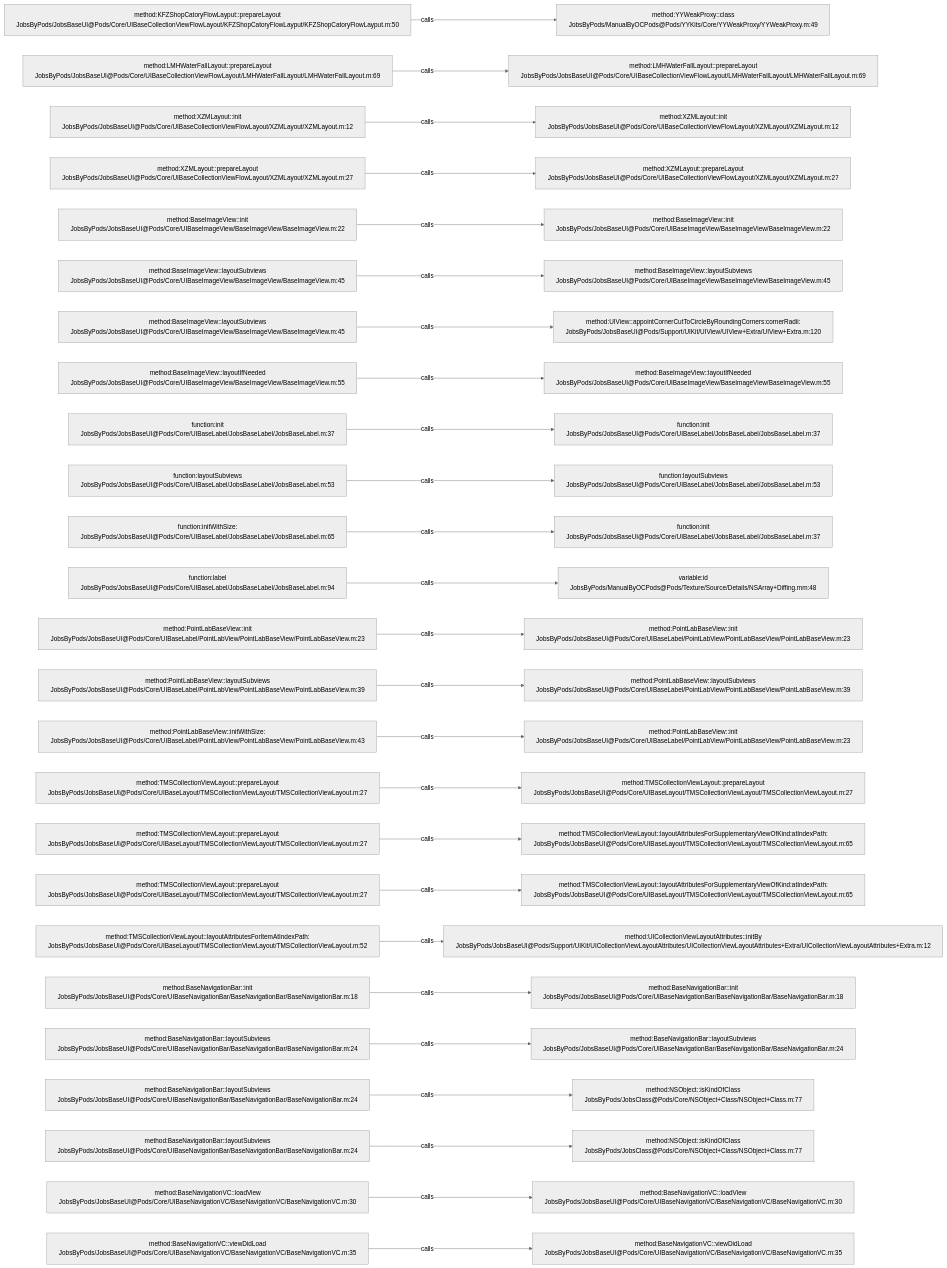
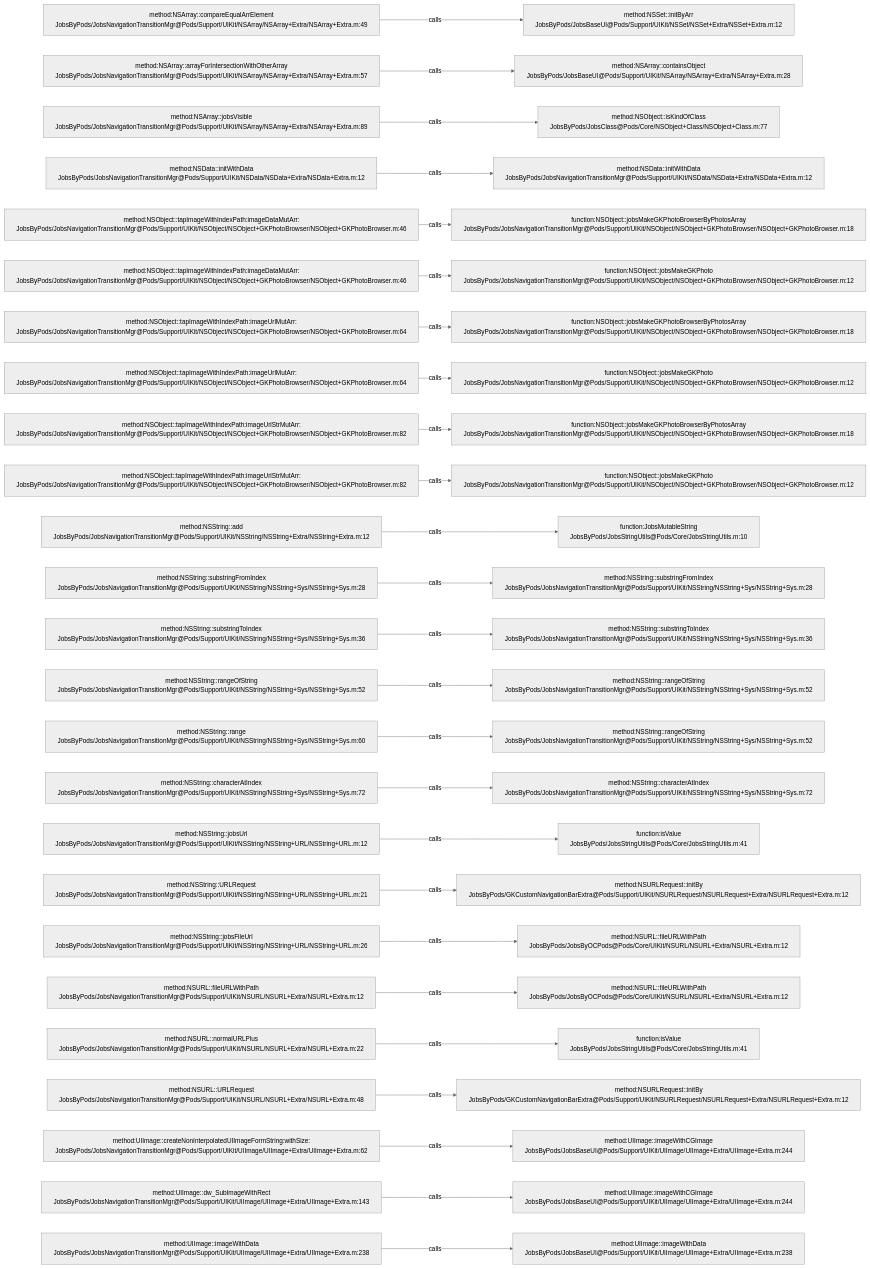
The diagram in .codegraph/codegraph.md/graphs/calls-016.md (JobsKits/JobsOCBaseConfigDemo), drawn with Mermaid (neutral theme) before and after one commit. The commit also changed 2162 other files, not shown here.

````diff
--- a/.codegraph/codegraph.md/graphs/calls-016.md
+++ b/.codegraph/codegraph.md/graphs/calls-016.md
@@ -13,78 +13,78 @@
 ```mermaid
 flowchart LR
-  S1["method:KFZShopCatoryFlowLayput::prepareLayout<br/>JobsByPods/JobsBaseUI@Pods/Core/UIBaseCollectionViewFlowLayout/KFZShopCatoryFlowLayput/KFZShopCatoryFlowLayput.m:50"]
-  T1["method:YYWeakProxy::class<br/>JobsByPods/ManualByOCPods@Pods/YYKits/Core/YYWeakProxy/YYWeakProxy.m:49"]
+  S1["method:NSArray::compareEqualArrElement<br/>JobsByPods/JobsNavigationTransitionMgr@Pods/Support/UIKit/NSArray/NSArray+Extra/NSArray+Extra.m:49"]
+  T1["method:NSSet::initByArr<br/>JobsByPods/JobsBaseUI@Pods/Support/UIKit/NSSet/NSSet+Extra/NSSet+Extra.m:12"]
   S1 -->|calls| T1
-  S2["method:LMHWaterFallLayout::prepareLayout<br/>JobsByPods/JobsBaseUI@Pods/Core/UIBaseCollectionViewFlowLayout/LMHWaterFallLayout/LMHWaterFallLayout.m:69"]
-  T2["method:LMHWaterFallLayout::prepareLayout<br/>JobsByPods/JobsBaseUI@Pods/Core/UIBaseCollectionViewFlowLayout/LMHWaterFallLayout/LMHWaterFallLayout.m:69"]
+  S2["method:NSArray::arrayForIntersectionWithOtherArray<br/>JobsByPods/JobsNavigationTransitionMgr@Pods/Support/UIKit/NSArray/NSArray+Extra/NSArray+Extra.m:57"]
+  T2["method:NSArray::containsObject<br/>JobsByPods/JobsBaseUI@Pods/Support/UIKit/NSArray/NSArray+Extra/NSArray+Extra.m:28"]
   S2 -->|calls| T2
-  S3["method:XZMLayout::init<br/>JobsByPods/JobsBaseUI@Pods/Core/UIBaseCollectionViewFlowLayout/XZMLayout/XZMLayout.m:12"]
-  T3["method:XZMLayout::init<br/>JobsByPods/JobsBaseUI@Pods/Core/UIBaseCollectionViewFlowLayout/XZMLayout/XZMLayout.m:12"]
+  S3["method:NSArray::jobsVisible<br/>JobsByPods/JobsNavigationTransitionMgr@Pods/Support/UIKit/NSArray/NSArray+Extra/NSArray+Extra.m:89"]
+  T3["method:NSObject::isKindOfClass<br/>JobsByPods/JobsClass@Pods/Core/NSObject+Class/NSObject+Class.m:77"]
   S3 -->|calls| T3
-  S4["method:XZMLayout::prepareLayout<br/>JobsByPods/JobsBaseUI@Pods/Core/UIBaseCollectionViewFlowLayout/XZMLayout/XZMLayout.m:27"]
-  T4["method:XZMLayout::prepareLayout<br/>JobsByPods/JobsBaseUI@Pods/Core/UIBaseCollectionViewFlowLayout/XZMLayout/XZMLayout.m:27"]
+  S4["method:NSData::initWithData<br/>JobsByPods/JobsNavigationTransitionMgr@Pods/Support/UIKit/NSData/NSData+Extra/NSData+Extra.m:12"]
+  T4["method:NSData::initWithData<br/>JobsByPods/JobsNavigationTransitionMgr@Pods/Support/UIKit/NSData/NSData+Extra/NSData+Extra.m:12"]
   S4 -->|calls| T4
-  S5["method:BaseImageView::init<br/>JobsByPods/JobsBaseUI@Pods/Core/UIBaseImageView/BaseImageView/BaseImageView.m:22"]
-  T5["method:BaseImageView::init<br/>JobsByPods/JobsBaseUI@Pods/Core/UIBaseImageView/BaseImageView/BaseImageView.m:22"]
+  S5["method:NSObject::tapImageWithIndexPath:imageDataMutArr:<br/>JobsByPods/JobsNavigationTransitionMgr@Pods/Support/UIKit/NSObject/NSObject+GKPhotoBrowser/NSObject+GKPhotoBrowser.m:46"]
+  T5["function:NSObject::jobsMakeGKPhotoBrowserByPhotosArray<br/>JobsByPods/JobsNavigationTransitionMgr@Pods/Support/UIKit/NSObject/NSObject+GKPhotoBrowser/NSObject+GKPhotoBrowser.m:18"]
   S5 -->|calls| T5
-  S6["method:BaseImageView::layoutSubviews<br/>JobsByPods/JobsBaseUI@Pods/Core/UIBaseImageView/BaseImageView/BaseImageView.m:45"]
-  T6["method:BaseImageView::layoutSubviews<br/>JobsByPods/JobsBaseUI@Pods/Core/UIBaseImageView/BaseImageView/BaseImageView.m:45"]
+  S6["method:NSObject::tapImageWithIndexPath:imageDataMutArr:<br/>JobsByPods/JobsNavigationTransitionMgr@Pods/Support/UIKit/NSObject/NSObject+GKPhotoBrowser/NSObject+GKPhotoBrowser.m:46"]
+  T6["function:NSObject::jobsMakeGKPhoto<br/>JobsByPods/JobsNavigationTransitionMgr@Pods/Support/UIKit/NSObject/NSObject+GKPhotoBrowser/NSObject+GKPhotoBrowser.m:12"]
   S6 -->|calls| T6
-  S7["method:BaseImageView::layoutSubviews<br/>JobsByPods/JobsBaseUI@Pods/Core/UIBaseImageView/BaseImageView/BaseImageView.m:45"]
-  T7["method:UIView::appointCornerCutToCircleByRoundingCorners:cornerRadii:<br/>JobsByPods/JobsBaseUI@Pods/Support/UIKit/UIView/UIView+Extra/UIView+Extra.m:120"]
+  S7["method:NSObject::tapImageWithIndexPath:imageUrlMutArr:<br/>JobsByPods/JobsNavigationTransitionMgr@Pods/Support/UIKit/NSObject/NSObject+GKPhotoBrowser/NSObject+GKPhotoBrowser.m:64"]
+  T7["function:NSObject::jobsMakeGKPhotoBrowserByPhotosArray<br/>JobsByPods/JobsNavigationTransitionMgr@Pods/Support/UIKit/NSObject/NSObject+GKPhotoBrowser/NSObject+GKPhotoBrowser.m:18"]
   S7 -->|calls| T7
-  S8["method:BaseImageView::layoutIfNeeded<br/>JobsByPods/JobsBaseUI@Pods/Core/UIBaseImageView/BaseImageView/BaseImageView.m:55"]
-  T8["method:BaseImageView::layoutIfNeeded<br/>JobsByPods/JobsBaseUI@Pods/Core/UIBaseImageView/BaseImageView/BaseImageView.m:55"]
+  S8["method:NSObject::tapImageWithIndexPath:imageUrlMutArr:<br/>JobsByPods/JobsNavigationTransitionMgr@Pods/Support/UIKit/NSObject/NSObject+GKPhotoBrowser/NSObject+GKPhotoBrowser.m:64"]
+  T8["function:NSObject::jobsMakeGKPhoto<br/>JobsByPods/JobsNavigationTransitionMgr@Pods/Support/UIKit/NSObject/NSObject+GKPhotoBrowser/NSObject+GKPhotoBrowser.m:12"]
   S8 -->|calls| T8
-  S9["function:init<br/>JobsByPods/JobsBaseUI@Pods/Core/UIBaseLabel/JobsBaseLabel/JobsBaseLabel.m:37"]
-  T9["function:init<br/>JobsByPods/JobsBaseUI@Pods/Core/UIBaseLabel/JobsBaseLabel/JobsBaseLabel.m:37"]
+  S9["method:NSObject::tapImageWithIndexPath:imageUrlStrMutArr:<br/>JobsByPods/JobsNavigationTransitionMgr@Pods/Support/UIKit/NSObject/NSObject+GKPhotoBrowser/NSObject+GKPhotoBrowser.m:82"]
+  T9["function:NSObject::jobsMakeGKPhotoBrowserByPhotosArray<br/>JobsByPods/JobsNavigationTransitionMgr@Pods/Support/UIKit/NSObject/NSObject+GKPhotoBrowser/NSObject+GKPhotoBrowser.m:18"]
   S9 -->|calls| T9
-  S10["function:layoutSubviews<br/>JobsByPods/JobsBaseUI@Pods/Core/UIBaseLabel/JobsBaseLabel/JobsBaseLabel.m:53"]
-  T10["function:layoutSubviews<br/>JobsByPods/JobsBaseUI@Pods/Core/UIBaseLabel/JobsBaseLabel/JobsBaseLabel.m:53"]
+  S10["method:NSObject::tapImageWithIndexPath:imageUrlStrMutArr:<br/>JobsByPods/JobsNavigationTransitionMgr@Pods/Support/UIKit/NSObject/NSObject+GKPhotoBrowser/NSObject+GKPhotoBrowser.m:82"]
+  T10["function:NSObject::jobsMakeGKPhoto<br/>JobsByPods/JobsNavigationTransitionMgr@Pods/Support/UIKit/NSObject/NSObject+GKPhotoBrowser/NSObject+GKPhotoBrowser.m:12"]
   S10 -->|calls| T10
-  S11["function:initWithSize:<br/>JobsByPods/JobsBaseUI@Pods/Core/UIBaseLabel/JobsBaseLabel/JobsBaseLabel.m:65"]
-  T11["function:init<br/>JobsByPods/JobsBaseUI@Pods/Core/UIBaseLabel/JobsBaseLabel/JobsBaseLabel.m:37"]
+  S11["method:NSString::add<br/>JobsByPods/JobsNavigationTransitionMgr@Pods/Support/UIKit/NSString/NSString+Extra/NSString+Extra.m:12"]
+  T11["function:JobsMutableString<br/>JobsByPods/JobsStringUtils@Pods/Core/JobsStringUtils.m:10"]
   S11 -->|calls| T11
-  S12["function:label<br/>JobsByPods/JobsBaseUI@Pods/Core/UIBaseLabel/JobsBaseLabel/JobsBaseLabel.m:94"]
-  T12["variable:id<br/>JobsByPods/ManualByOCPods@Pods/Texture/Source/Details/NSArray+Diffing.mm:48"]
+  S12["method:NSString::substringFromIndex<br/>JobsByPods/JobsNavigationTransitionMgr@Pods/Support/UIKit/NSString/NSString+Sys/NSString+Sys.m:28"]
+  T12["method:NSString::substringFromIndex<br/>JobsByPods/JobsNavigationTransitionMgr@Pods/Support/UIKit/NSString/NSString+Sys/NSString+Sys.m:28"]
   S12 -->|calls| T12
-  S13["method:PointLabBaseView::init<br/>JobsByPods/JobsBaseUI@Pods/Core/UIBaseLabel/PointLabView/PointLabBaseView/PointLabBaseView.m:23"]
-  T13["method:PointLabBaseView::init<br/>JobsByPods/JobsBaseUI@Pods/Core/UIBaseLabel/PointLabView/PointLabBaseView/PointLabBaseView.m:23"]
+  S13["method:NSString::substringToIndex<br/>JobsByPods/JobsNavigationTransitionMgr@Pods/Support/UIKit/NSString/NSString+Sys/NSString+Sys.m:36"]
+  T13["method:NSString::substringToIndex<br/>JobsByPods/JobsNavigationTransitionMgr@Pods/Support/UIKit/NSString/NSString+Sys/NSString+Sys.m:36"]
   S13 -->|calls| T13
-  S14["method:PointLabBaseView::layoutSubviews<br/>JobsByPods/JobsBaseUI@Pods/Core/UIBaseLabel/PointLabView/PointLabBaseView/PointLabBaseView.m:39"]
-  T14["method:PointLabBaseView::layoutSubviews<br/>JobsByPods/JobsBaseUI@Pods/Core/UIBaseLabel/PointLabView/PointLabBaseView/PointLabBaseView.m:39"]
+  S14["method:NSString::rangeOfString<br/>JobsByPods/JobsNavigationTransitionMgr@Pods/Support/UIKit/NSString/NSString+Sys/NSString+Sys.m:52"]
+  T14["method:NSString::rangeOfString<br/>JobsByPods/JobsNavigationTransitionMgr@Pods/Support/UIKit/NSString/NSString+Sys/NSString+Sys.m:52"]
   S14 -->|calls| T14
-  S15["method:PointLabBaseView::initWithSize:<br/>JobsByPods/JobsBaseUI@Pods/Core/UIBaseLabel/PointLabView/PointLabBaseView/PointLabBaseView.m:43"]
-  T15["method:PointLabBaseView::init<br/>JobsByPods/JobsBaseUI@Pods/Core/UIBaseLabel/PointLabView/PointLabBaseView/PointLabBaseView.m:23"]
+  S15["method:NSString::range<br/>JobsByPods/JobsNavigationTransitionMgr@Pods/Support/UIKit/NSString/NSString+Sys/NSString+Sys.m:60"]
+  T15["method:NSString::rangeOfString<br/>JobsByPods/JobsNavigationTransitionMgr@Pods/Support/UIKit/NSString/NSString+Sys/NSString+Sys.m:52"]
   S15 -->|calls| T15
-  S16["method:TMSCollectionViewLayout::prepareLayout<br/>JobsByPods/JobsBaseUI@Pods/Core/UIBaseLayout/TMSCollectionViewLayout/TMSCollectionViewLayout.m:27"]
-  T16["method:TMSCollectionViewLayout::prepareLayout<br/>JobsByPods/JobsBaseUI@Pods/Core/UIBaseLayout/TMSCollectionViewLayout/TMSCollectionViewLayout.m:27"]
+  S16["method:NSString::characterAtIndex<br/>JobsByPods/JobsNavigationTransitionMgr@Pods/Support/UIKit/NSString/NSString+Sys/NSString+Sys.m:72"]
+  T16["method:NSString::characterAtIndex<br/>JobsByPods/JobsNavigationTransitionMgr@Pods/Support/UIKit/NSString/NSString+Sys/NSString+Sys.m:72"]
   S16 -->|calls| T16
-  S17["method:TMSCollectionViewLayout::prepareLayout<br/>JobsByPods/JobsBaseUI@Pods/Core/UIBaseLayout/TMSCollectionViewLayout/TMSCollectionViewLayout.m:27"]
-  T17["method:TMSCollectionViewLayout::layoutAttributesForSupplementaryViewOfKind:atIndexPath:<br/>JobsByPods/JobsBaseUI@Pods/Core/UIBaseLayout/TMSCollectionViewLayout/TMSCollectionViewLayout.m:65"]
+  S17["method:NSString::jobsUrl<br/>JobsByPods/JobsNavigationTransitionMgr@Pods/Support/UIKit/NSString/NSString+URL/NSString+URL.m:12"]
+  T17["function:isValue<br/>JobsByPods/JobsStringUtils@Pods/Core/JobsStringUtils.m:41"]
   S17 -->|calls| T17
-  S18["method:TMSCollectionViewLayout::prepareLayout<br/>JobsByPods/JobsBaseUI@Pods/Core/UIBaseLayout/TMSCollectionViewLayout/TMSCollectionViewLayout.m:27"]
-  T18["method:TMSCollectionViewLayout::layoutAttributesForSupplementaryViewOfKind:atIndexPath:<br/>JobsByPods/JobsBaseUI@Pods/Core/UIBaseLayout/TMSCollectionViewLayout/TMSCollectionViewLayout.m:65"]
+  S18["method:NSString::URLRequest<br/>JobsByPods/JobsNavigationTransitionMgr@Pods/Support/UIKit/NSString/NSString+URL/NSString+URL.m:21"]
+  T18["method:NSURLRequest::initBy<br/>JobsByPods/GKCustomNavigationBarExtra@Pods/Support/UIKit/NSURLRequest/NSURLRequest+Extra/NSURLRequest+Extra.m:12"]
   S18 -->|calls| T18
-  S19["method:TMSCollectionViewLayout::layoutAttributesForItemAtIndexPath:<br/>JobsByPods/JobsBaseUI@Pods/Core/UIBaseLayout/TMSCollectionViewLayout/TMSCollectionViewLayout.m:52"]
-  T19["method:UICollectionViewLayoutAttributes::initBy<br/>JobsByPods/JobsBaseUI@Pods/Support/UIKit/UICollectionViewLayoutAttributes/UICollectionViewLayoutAttributes+Extra/UICollectionViewLayoutAttributes+Extra.m:12"]
+  S19["method:NSString::jobsFileUrl<br/>JobsByPods/JobsNavigationTransitionMgr@Pods/Support/UIKit/NSString/NSString+URL/NSString+URL.m:26"]
+  T19["method:NSURL::fileURLWithPath<br/>JobsByPods/JobsByOCPods@Pods/Core/UIKit/NSURL/NSURL+Extra/NSURL+Extra.m:12"]
   S19 -->|calls| T19
-  S20["method:BaseNavigationBar::init<br/>JobsByPods/JobsBaseUI@Pods/Core/UIBaseNavigationBar/BaseNavigationBar/BaseNavigationBar.m:18"]
-  T20["method:BaseNavigationBar::init<br/>JobsByPods/JobsBaseUI@Pods/Core/UIBaseNavigationBar/BaseNavigationBar/BaseNavigationBar.m:18"]
+  S20["method:NSURL::fileURLWithPath<br/>JobsByPods/JobsNavigationTransitionMgr@Pods/Support/UIKit/NSURL/NSURL+Extra/NSURL+Extra.m:12"]
+  T20["method:NSURL::fileURLWithPath<br/>JobsByPods/JobsByOCPods@Pods/Core/UIKit/NSURL/NSURL+Extra/NSURL+Extra.m:12"]
   S20 -->|calls| T20
-  S21["method:BaseNavigationBar::layoutSubviews<br/>JobsByPods/JobsBaseUI@Pods/Core/UIBaseNavigationBar/BaseNavigationBar/BaseNavigationBar.m:24"]
-  T21["method:BaseNavigationBar::layoutSubviews<br/>JobsByPods/JobsBaseUI@Pods/Core/UIBaseNavigationBar/BaseNavigationBar/BaseNavigationBar.m:24"]
+  S21["method:NSURL::normalURLPlus<br/>JobsByPods/JobsNavigationTransitionMgr@Pods/Support/UIKit/NSURL/NSURL+Extra/NSURL+Extra.m:22"]
+  T21["function:isValue<br/>JobsByPods/JobsStringUtils@Pods/Core/JobsStringUtils.m:41"]
   S21 -->|calls| T21
-  S22["method:BaseNavigationBar::layoutSubviews<br/>JobsByPods/JobsBaseUI@Pods/Core/UIBaseNavigationBar/BaseNavigationBar/BaseNavigationBar.m:24"]
-  T22["method:NSObject::isKindOfClass<br/>JobsByPods/JobsClass@Pods/Core/NSObject+Class/NSObject+Class.m:77"]
+  S22["method:NSURL::URLRequest<br/>JobsByPods/JobsNavigationTransitionMgr@Pods/Support/UIKit/NSURL/NSURL+Extra/NSURL+Extra.m:48"]
+  T22["method:NSURLRequest::initBy<br/>JobsByPods/GKCustomNavigationBarExtra@Pods/Support/UIKit/NSURLRequest/NSURLRequest+Extra/NSURLRequest+Extra.m:12"]
   S22 -->|calls| T22
-  S23["method:BaseNavigationBar::layoutSubviews<br/>JobsByPods/JobsBaseUI@Pods/Core/UIBaseNavigationBar/BaseNavigationBar/BaseNavigationBar.m:24"]
-  T23["method:NSObject::isKindOfClass<br/>JobsByPods/JobsClass@Pods/Core/NSObject+Class/NSObject+Class.m:77"]
+  S23["method:UIImage::createNonInterpolatedUIImageFormString:withSize:<br/>JobsByPods/JobsNavigationTransitionMgr@Pods/Support/UIKit/UIImage/UIImage+Extra/UIImage+Extra.m:62"]
+  T23["method:UIImage::imageWithCGImage<br/>JobsByPods/JobsBaseUI@Pods/Support/UIKit/UIImage/UIImage+Extra/UIImage+Extra.m:244"]
   S23 -->|calls| T23
-  S24["method:BaseNavigationVC::loadView<br/>JobsByPods/JobsBaseUI@Pods/Core/UIBaseNavigationVC/BaseNavigationVC/BaseNavigationVC.m:30"]
-  T24["method:BaseNavigationVC::loadView<br/>JobsByPods/JobsBaseUI@Pods/Core/UIBaseNavigationVC/BaseNavigationVC/BaseNavigationVC.m:30"]
+  S24["method:UIImage::dw_SubImageWithRect<br/>JobsByPods/JobsNavigationTransitionMgr@Pods/Support/UIKit/UIImage/UIImage+Extra/UIImage+Extra.m:143"]
+  T24["method:UIImage::imageWithCGImage<br/>JobsByPods/JobsBaseUI@Pods/Support/UIKit/UIImage/UIImage+Extra/UIImage+Extra.m:244"]
   S24 -->|calls| T24
-  S25["method:BaseNavigationVC::viewDidLoad<br/>JobsByPods/JobsBaseUI@Pods/Core/UIBaseNavigationVC/BaseNavigationVC/BaseNavigationVC.m:35"]
-  T25["method:BaseNavigationVC::viewDidLoad<br/>JobsByPods/JobsBaseUI@Pods/Core/UIBaseNavigationVC/BaseNavigationVC/BaseNavigationVC.m:35"]
+  S25["method:UIImage::imageWithData<br/>JobsByPods/JobsNavigationTransitionMgr@Pods/Support/UIKit/UIImage/UIImage+Extra/UIImage+Extra.m:238"]
+  T25["method:UIImage::imageWithData<br/>JobsByPods/JobsBaseUI@Pods/Support/UIKit/UIImage/UIImage+Extra/UIImage+Extra.m:238"]
   S25 -->|calls| T25
 ```
````
